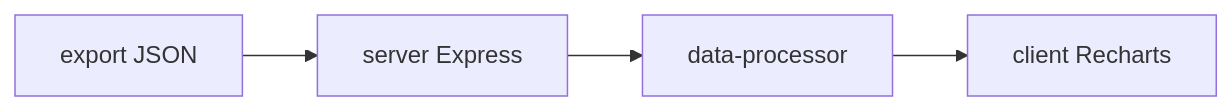
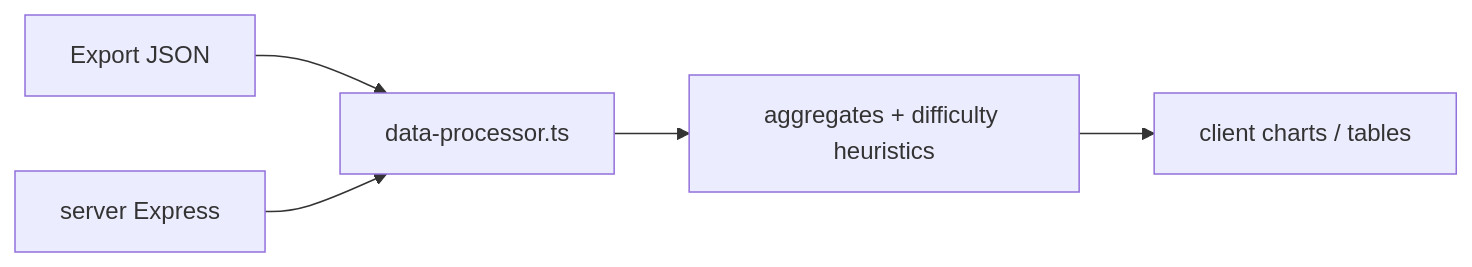
One commit to Aneesh495/metricon changed the diagram in README.md. Above: the diagram before and after it, drawn with Mermaid. The commit also changed other lines of this file, not shown here.

Commit message:
Detail attempt normalization, Recharts views, and production server build

````diff
--- a/README.md
+++ b/README.md
@@ -9,6 +7,7 @@
 ```mermaid
 flowchart LR
-  Export[export JSON] --> API[server Express]
-  API --> Proc[data-processor]
-  Proc --> UI[client Recharts]
+  JSON[Export JSON] --> Norm[data-processor.ts]
+  Norm --> Metrics[aggregates + difficulty heuristics]
+  Metrics --> UI[client charts / tables]
+  API[server Express] --> Norm
 ```
````
